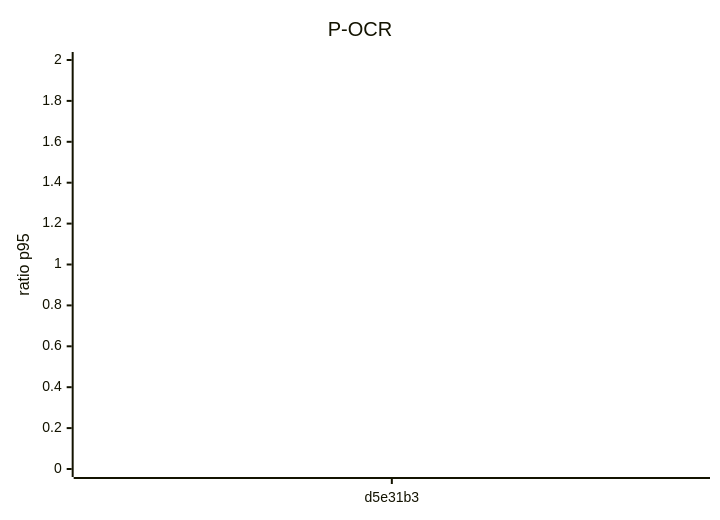
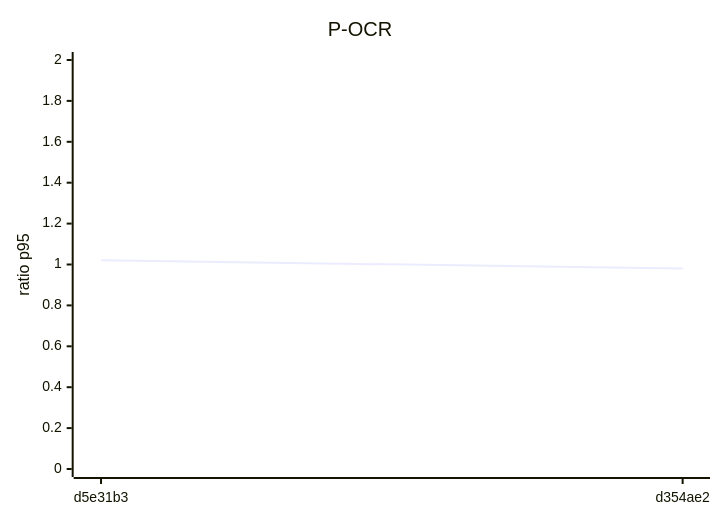
Before and after one commit to mtromane/expense-io: the sixth of 8 diagrams in docs/perf/trend.md, drawn with Mermaid. The commit also changed other lines of this file and 1 other file, not shown here.

````diff
--- a/docs/perf/trend.md
+++ b/docs/perf/trend.md
@@ -56,7 +56,7 @@
 ```mermaid
 xychart-beta
   title "P-OCR"
-  x-axis ["d5e31b3"]
+  x-axis ["d5e31b3", "d354ae2"]
   y-axis "ratio p95" 0 --> 2
-  line [1.021]
+  line [1.021, 0.98]
 ```
````
